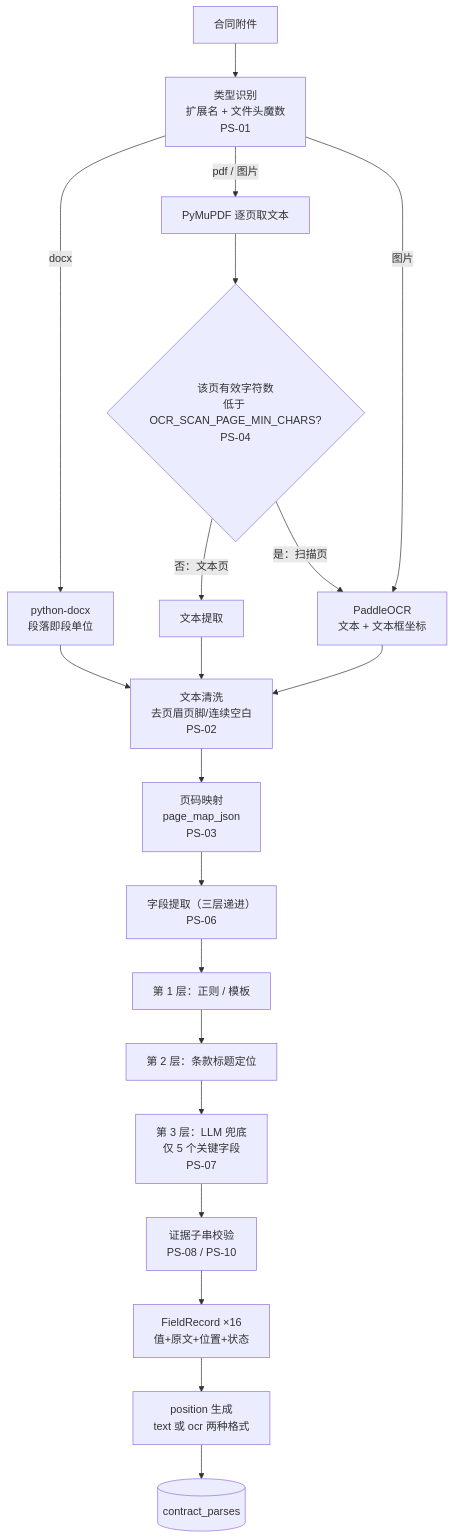
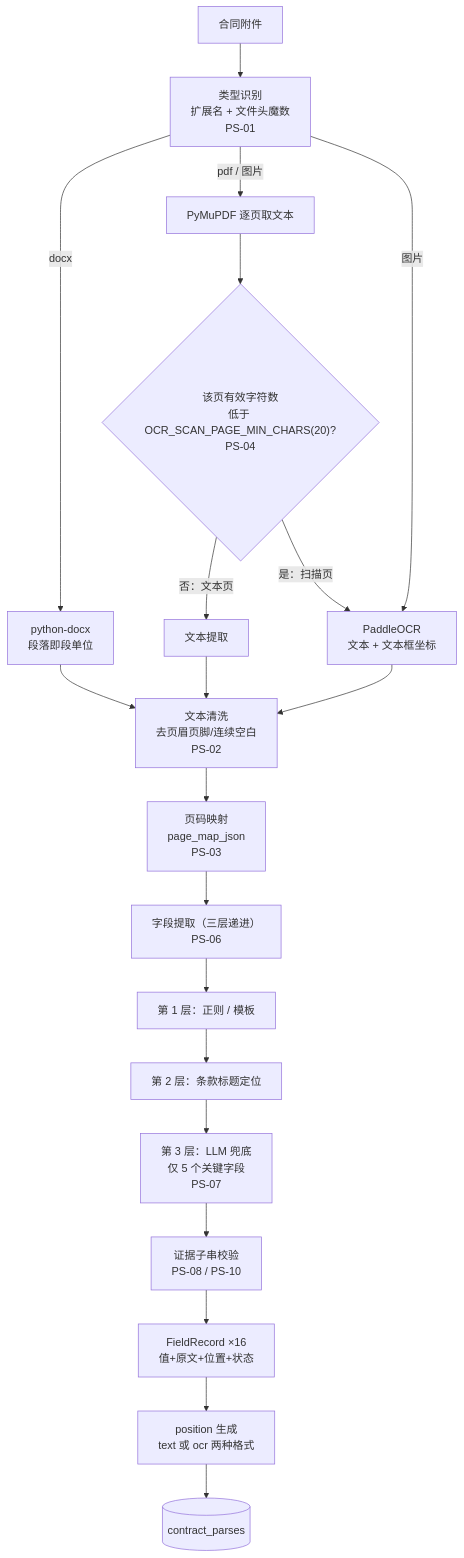
Before and after one commit to lihaozhen-max/ClauseGuard: the tenth of 15 diagrams in docs/架构图.md, drawn with Mermaid. The commit also changed other lines of this file and 2 other files, not shown here.

First line of the commit message:
docs(架构): 架构图同步到 v1.1 —— 加"给小白"的讲解层 + 修正 7 处与代码脱节

````diff
--- a/docs/架构图.md
+++ b/docs/架构图.md
@@ -556,25 +744,25 @@
 ```mermaid
 flowchart TD
     IN["合同附件"] --> DET["类型识别<br/>扩展名 + 文件头魔数<br/>PS-01"]
     DET -->|"docx"| W["python-docx<br/>段落即段单位"]
     DET -->|"pdf / 图片"| PDF["PyMuPDF 逐页取文本"]
 
-    PDF --> JUDGE{"该页有效字符数<br/>低于 OCR_SCAN_PAGE_MIN_CHARS?<br/>PS-04"}
+    PDF --> JUDGE{"该页有效字符数<br/>低于 OCR_SCAN_PAGE_MIN_CHARS(20)?<br/>PS-04"}
     JUDGE -->|"否：文本页"| TXT["文本提取"]
     JUDGE -->|"是：扫描页"| OCR["PaddleOCR<br/>文本 + 文本框坐标"]
     DET -->|"图片"| OCR
 
     W --> CLEAN["文本清洗<br/>去页眉页脚/连续空白<br/>PS-02"]
     TXT --> CLEAN
     OCR --> CLEAN
     CLEAN --> PMAP["页码映射<br/>page_map_json<br/>PS-03"]
     PMAP --> EXTRACT["字段提取（三层递进）<br/>PS-06"]
 
     EXTRACT --> L1["第 1 层：正则 / 模板"]
     L1 --> L2["第 2 层：条款标题定位"]
     L2 --> L3["第 3 层：LLM 兜底<br/>仅 5 个关键字段<br/>PS-07"]
     L3 --> VERIFY["证据子串校验<br/>PS-08 / PS-10"]
     VERIFY --> FR["FieldRecord ×16<br/>值+原文+位置+状态"]
     FR --> POS["position 生成<br/>text 或 ocr 两种格式"]
     POS --> OUT[("contract_parses")]
 ```
````
